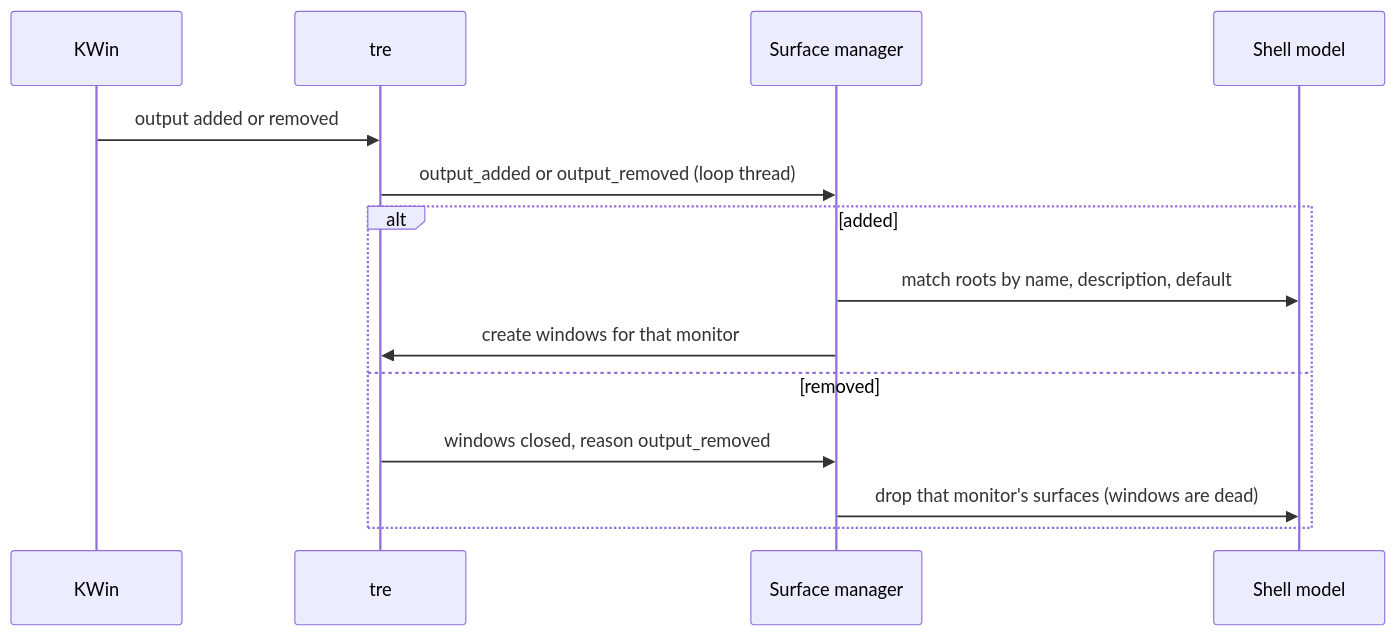
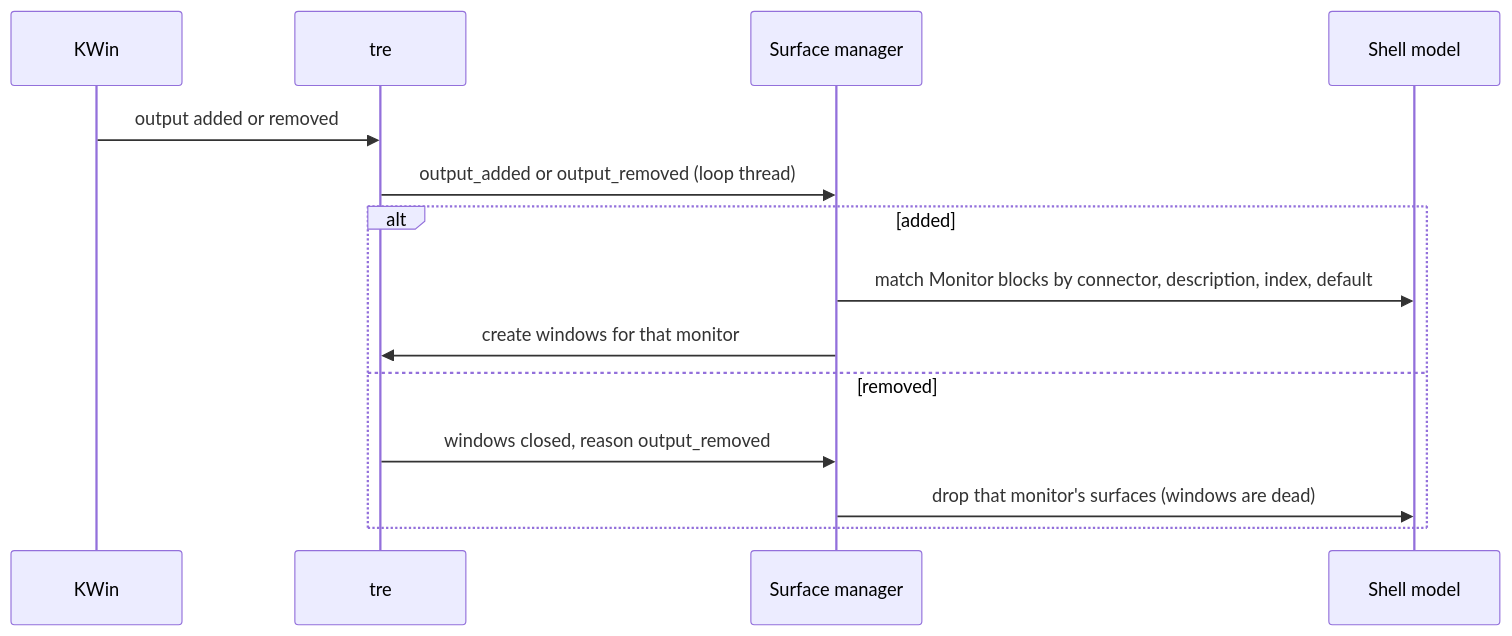
One commit to mindderivative/tess-shell changed the third of 3 diagrams in 20 Architecture/Data Flow.md. Above: the diagram before and after it, drawn with Mermaid. The commit also changed other lines of this file and 16 other files, not shown here.

````diff
--- a/20 Architecture/Data Flow.md
+++ b/20 Architecture/Data Flow.md
@@ -79,16 +79,16 @@
 ```mermaid
 sequenceDiagram
     participant C as KWin
     participant T as tre
     participant S as Surface manager
     participant M as Shell model
     C->>T: output added or removed
     T->>S: output_added or output_removed (loop thread)
     alt added
-        S->>M: match roots by name, description, default
+        S->>M: match Monitor blocks by connector, description, index, default
         S->>T: create windows for that monitor
     else removed
         T->>S: windows closed, reason output_removed
         S->>M: drop that monitor's surfaces (windows are dead)
     end
 ```
````
